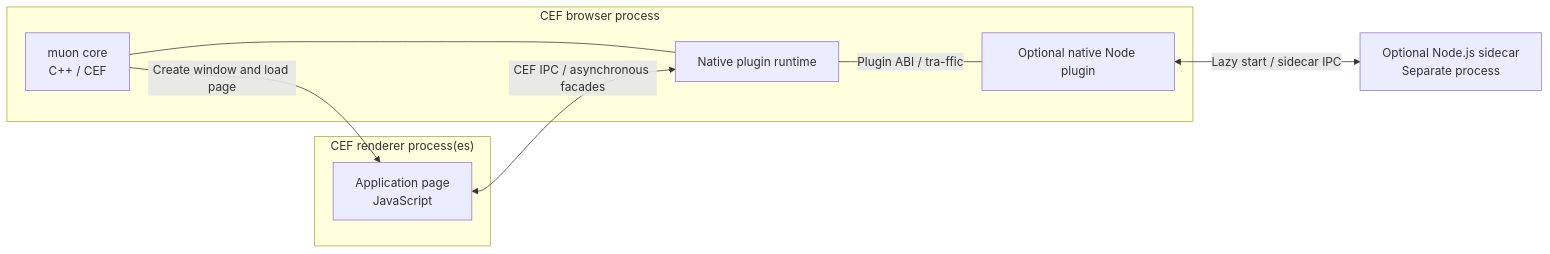
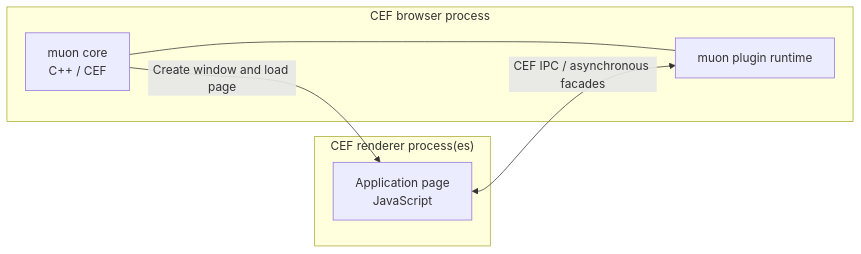
Before and after one commit to kekyo/muon-ui: the second of 2 diagrams in docs/en/getting-started.md, drawn with Mermaid. The commit also changed other lines of this file and 1 other file, not shown here.

Commit message:
doc: simplify muon architecture overview

````diff
--- a/docs/en/getting-started.md
+++ b/docs/en/getting-started.md
@@ -301,17 +301,13 @@
 ```mermaid
 flowchart LR
   subgraph Browser["CEF browser process"]
     Core["muon core<br/>C++ / CEF"]
-    Runtime["Native plugin runtime"]
-    NodePlugin["Optional native Node plugin"]
+    Runtime["muon plugin runtime"]
     Core --- Runtime
-    Runtime ---|"Plugin ABI / tra-ffic"| NodePlugin
   end
   subgraph Renderers["CEF renderer process(es)"]
     Page["Application page<br/>JavaScript"]
   end
-  Node["Optional Node.js sidecar<br/>Separate process"]
   Core -->|"Create window and load page"| Page
   Page <-->|"CEF IPC / asynchronous facades"| Runtime
-  NodePlugin <-->|"Lazy start / sidecar IPC"| Node
 ```
````
